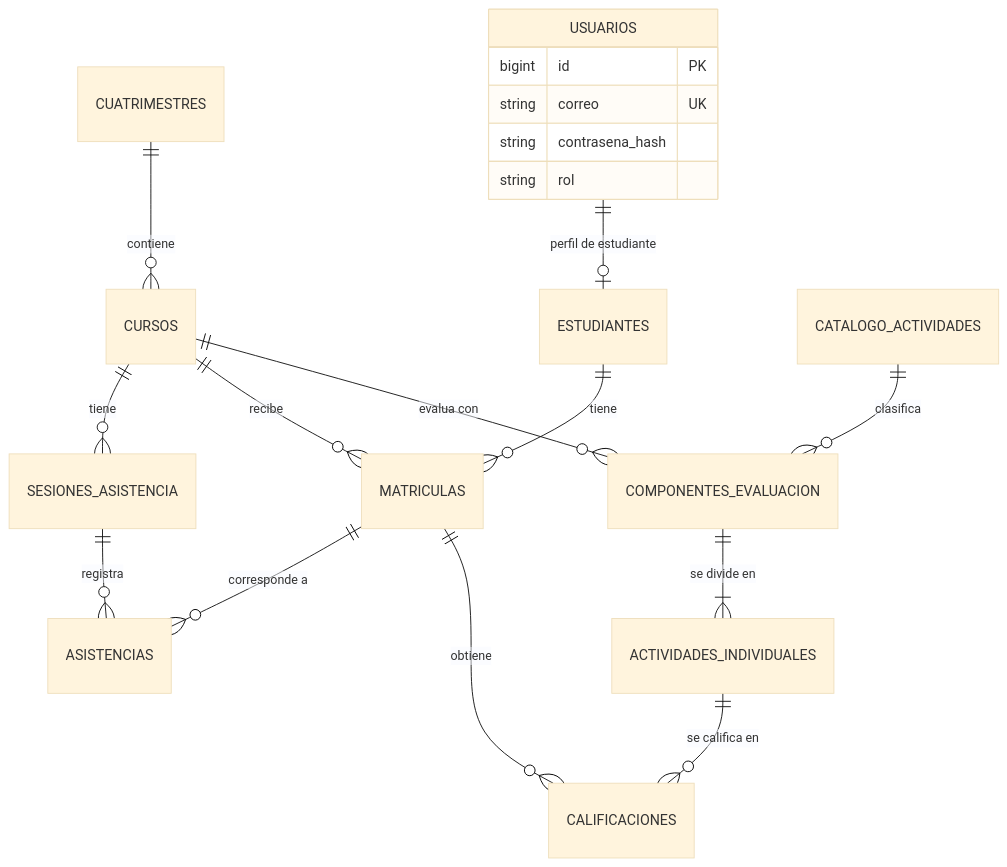
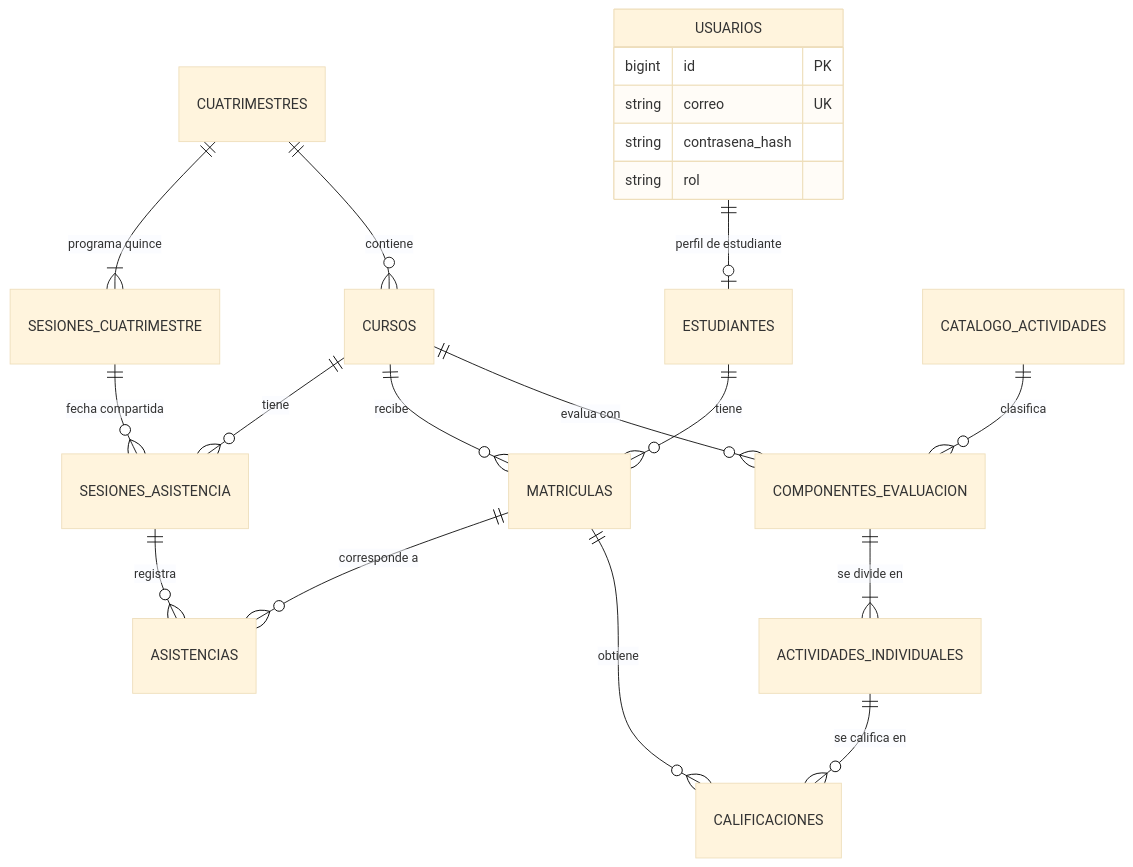
The diagram in SPECS/database.specs.md (lchaconc/sistema-notas-parciales), drawn with Mermaid (base theme) before and after one commit. The commit also changed other lines of this file and 26 other files, not shown here.

Commit message:
Automatizar sesiones semanales de cuatrimestres y asistencia

````diff
--- a/SPECS/database.specs.md
+++ b/SPECS/database.specs.md
@@ -26,21 +28,23 @@
 ```mermaid
 erDiagram
     USUARIOS {
         bigint id PK
         string correo UK
         string contrasena_hash
         string rol
     }
     USUARIOS ||--o| ESTUDIANTES : "perfil de estudiante"
     CUATRIMESTRES ||--o{ CURSOS : "contiene"
+    CUATRIMESTRES ||--|{ SESIONES_CUATRIMESTRE : "programa quince"
     CATALOGO_ACTIVIDADES ||--o{ COMPONENTES_EVALUACION : "clasifica"
     CURSOS ||--o{ COMPONENTES_EVALUACION : "evalua con"
     COMPONENTES_EVALUACION ||--|{ ACTIVIDADES_INDIVIDUALES : "se divide en"
     ESTUDIANTES ||--o{ MATRICULAS : "tiene"
     CURSOS ||--o{ MATRICULAS : "recibe"
     MATRICULAS ||--o{ CALIFICACIONES : "obtiene"
     ACTIVIDADES_INDIVIDUALES ||--o{ CALIFICACIONES : "se califica en"
     CURSOS ||--o{ SESIONES_ASISTENCIA : "tiene"
+    SESIONES_CUATRIMESTRE ||--o{ SESIONES_ASISTENCIA : "fecha compartida"
     SESIONES_ASISTENCIA ||--o{ ASISTENCIAS : "registra"
     MATRICULAS ||--o{ ASISTENCIAS : "corresponde a"
 ```
````
